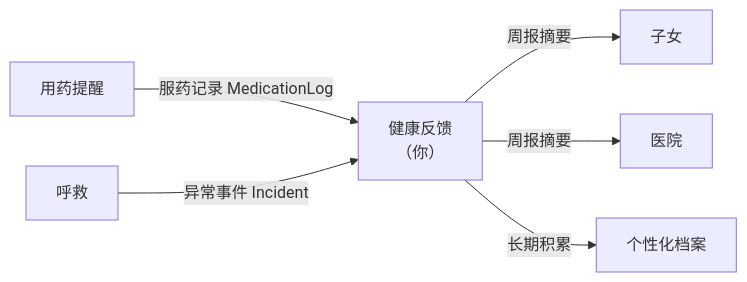
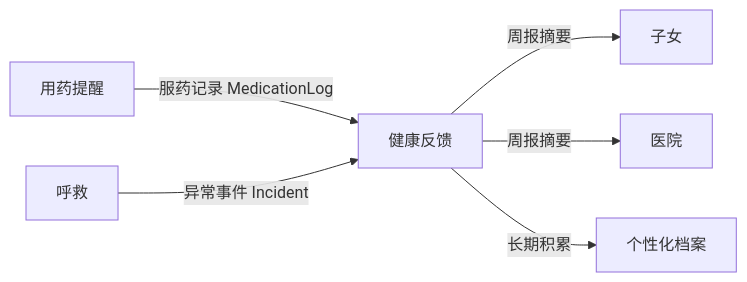
Before and after one commit to Hannahvictoriza092/eldercare-voice-agent: the diagram in skills/health_report/README.md, drawn with Mermaid. The commit also changed other lines of this file and 18 other files, not shown here.

````diff
--- a/skills/health_report/README.md
+++ b/skills/health_report/README.md
@@ -29,8 +30,8 @@
 ```mermaid
 flowchart LR
-    M["用药提醒"] -->|服药记录 MedicationLog| H["健康反馈<br/>（你）"]
+    M["用药提醒"] -->|服药记录 MedicationLog| H["健康反馈"]
     E["呼救"] -->|异常事件 Incident| H
     H -->|"周报摘要"| F["子女"]
     H -->|"周报摘要"| G["医院"]
     H -->|"长期积累"| P["个性化档案"]
 ```
````
